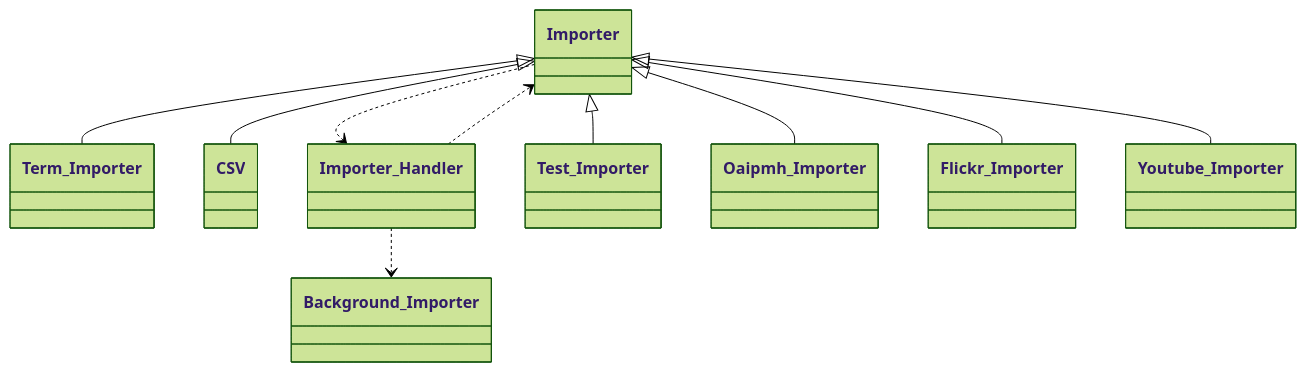
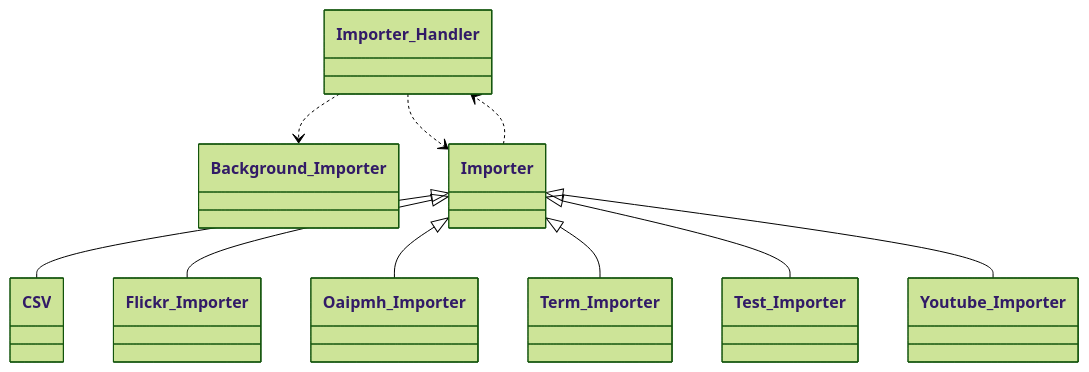
The eighth of 13 diagrams in docs/phpdoc/Home.md (tainacan/tainacan), drawn with Mermaid (forest theme) before and after one commit. The commit also changed other lines of this file and 62 other files, not shown here.

````diff
--- a/docs/phpdoc/Home.md
+++ b/docs/phpdoc/Home.md
@@ -547,22 +548,22 @@
 ```mermaid
 classDiagram
     direction TB
+    class Youtube_Importer { }
+    class Test_Importer { }
+    class Flickr_Importer { }
+    class Background_Importer { }
+    class Importer_Handler { }
+    class Importer { }
     class Term_Importer { }
+    class Oaipmh_Importer { }
     class CSV { }
-    class Importer { }
-    class Importer_Handler { }
-    class Background_Importer { }
-    class Test_Importer { }
-    class Oaipmh_Importer { }
-    class Flickr_Importer { }
-    class Youtube_Importer { }
     Importer ..> Importer_Handler
     Importer <|-- CSV
     Importer <|-- Flickr_Importer
     Importer <|-- Oaipmh_Importer
     Importer <|-- Term_Importer
     Importer <|-- Test_Importer
     Importer <|-- Youtube_Importer
     Importer_Handler ..> Background_Importer
     Importer_Handler ..> Importer
 ```
````
